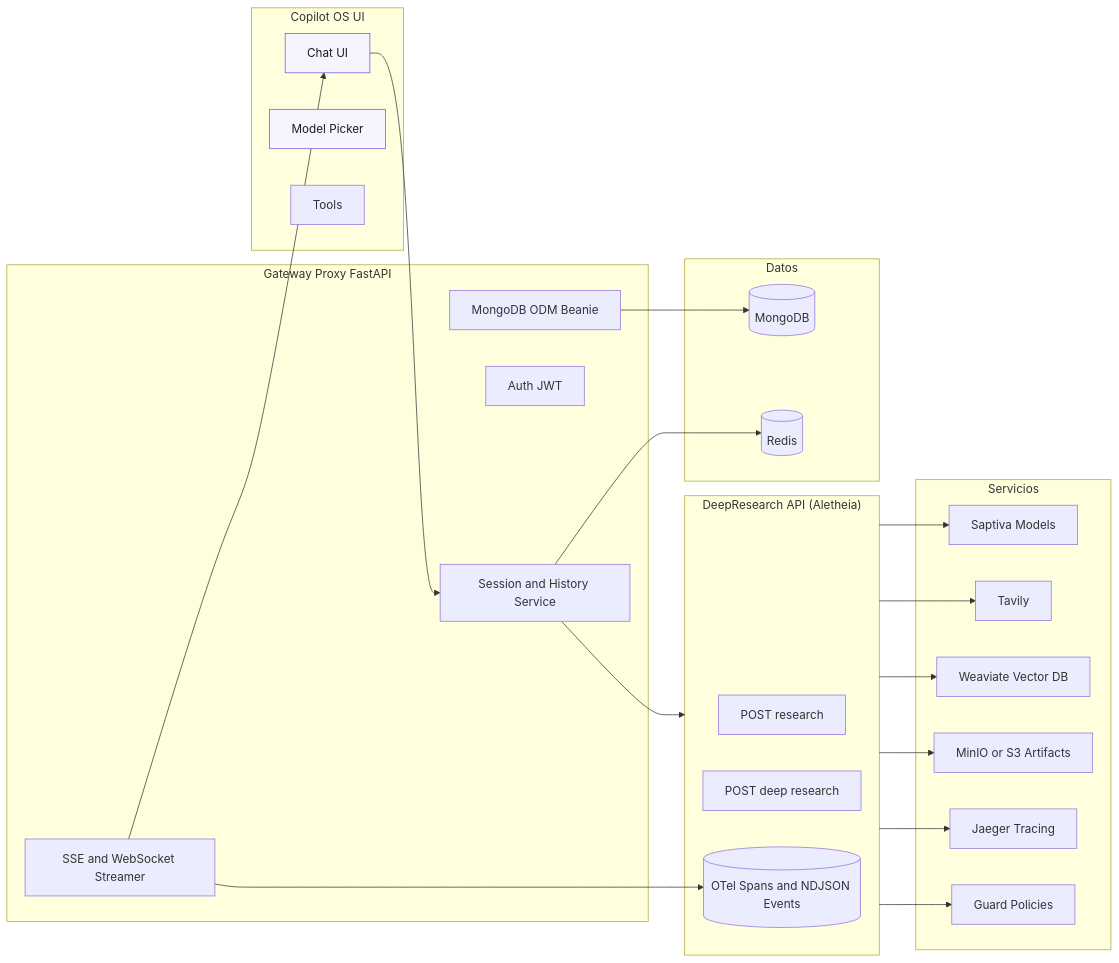
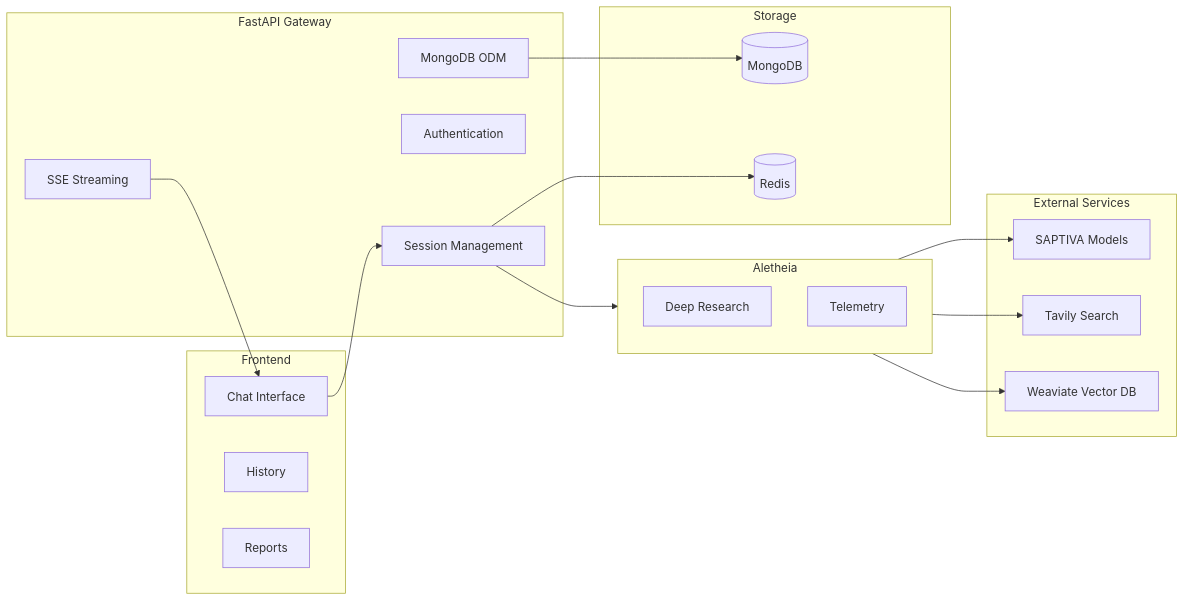
One commit to saptiva-ai/copilotos-bridge changed the diagram in README.md. Above: the diagram before and after it, drawn with Mermaid. The commit also changed other lines of this file and 9 other files, not shown here.

````diff
--- a/README.md
+++ b/README.md
@@ -48,56 +26,40 @@
 ```mermaid
 flowchart LR
-  %% --- STYLE FIRST (para motores viejos) ---
-  classDef ui fill:#f6f5ff,stroke:#6e56cf,stroke-width:1px,color:#1b1a1f;
-
-  %% --- SUBGRAPHS SIMPLIFICADOS ---
-  subgraph UI ["Copilot OS UI"]
-    C[Chat UI]:::ui
-    M[Model Picker]:::ui
-    T[Tools]
+  subgraph UI ["Frontend"]
+    C[Chat Interface]
+    H[History]
+    R[Reports]
   end
 
-  subgraph API ["Gateway Proxy FastAPI"]
-    S[Session and History Service]
-    E[SSE and WebSocket Streamer]
-    A[Auth JWT]
-    DB[MongoDB ODM Beanie]
+  subgraph API ["FastAPI Gateway"]
+    S[Session Management]
+    E[SSE Streaming]
+    A[Authentication]
+    DB[MongoDB ODM]
   end
 
-  subgraph ORCH ["DeepResearch API (Aletheia)"]
-    R1[POST research]
-    R2[POST deep research]
-    TR[(OTel Spans and NDJSON Events)]
+  subgraph ORCH ["Aletheia"]
+    DR[Deep Research]
+    TR[Telemetry]
   end
 
-  subgraph SVCS ["Servicios"]
-    SA[Saptiva Models]
-    TA[Tavily]
+  subgraph SVCS ["External Services"]
+    SA[SAPTIVA Models]
+    TA[Tavily Search]
     WV[Weaviate Vector DB]
-    MI[MinIO or S3 Artifacts]
-    JG[Jaeger Tracing]
-    GD[Guard Policies]
   end
 
-  subgraph DATA ["Datos"]
+  subgraph DATA ["Storage"]
     MG[(MongoDB)]
     RD[(Redis)]
   end
 
-  %% --- FLUJOS SIN LABELS ---
   C --> S
   S --> ORCH
-
   DB --> MG
-  S  --> RD
-
+  S --> RD
   ORCH --> SA
   ORCH --> TA
   ORCH --> WV
-  ORCH --> MI
-  ORCH --> JG
-  ORCH --> GD
-
   E --> C
-  E --> TR
 ```
````
